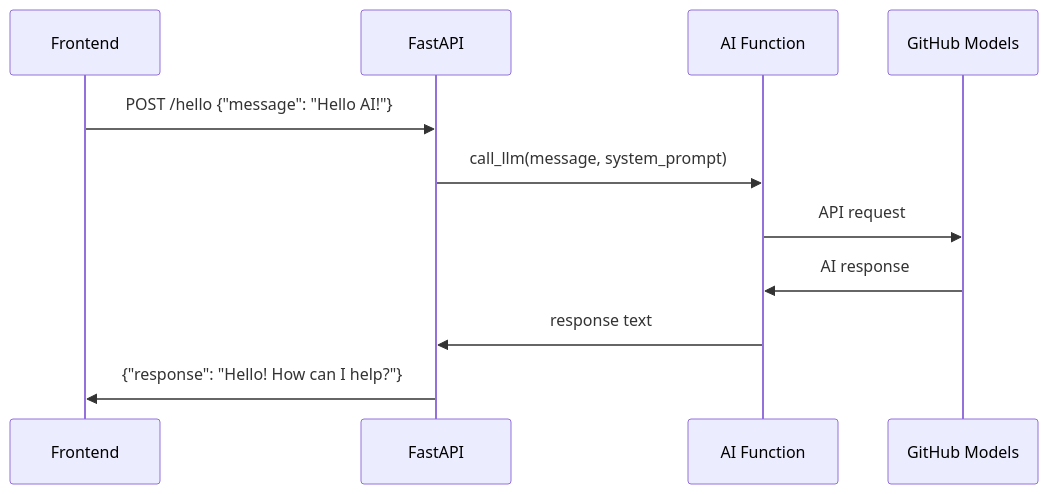
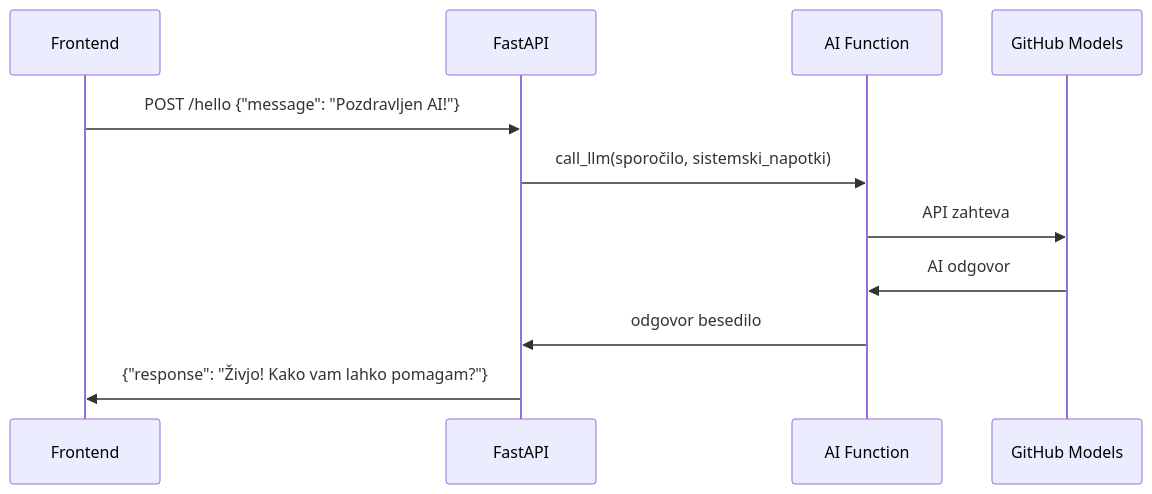
Before and after one commit to microsoft/Web-Dev-For-Beginners: the eighth of 14 diagrams in translations/sl/9-chat-project/README.md, drawn with Mermaid. The commit also changed other lines of this file and 99 other files, not shown here.

````diff
--- a/translations/sl/9-chat-project/README.md
+++ b/translations/sl/9-chat-project/README.md
@@ -519,14 +661,14 @@
 ```mermaid
 sequenceDiagram
     participant Frontend
     participant FastAPI
     participant AI Function
     participant GitHub Models
     
-    Frontend->>FastAPI: POST /hello {"message": "Hello AI!"}
-    FastAPI->>AI Function: call_llm(message, system_prompt)
-    AI Function->>GitHub Models: API request
-    GitHub Models->>AI Function: AI response
-    AI Function->>FastAPI: response text
-    FastAPI->>Frontend: {"response": "Hello! How can I help?"}
+    Frontend->>FastAPI: POST /hello {"message": "Pozdravljen AI!"}
+    FastAPI->>AI Function: call_llm(sporočilo, sistemski_napotki)
+    AI Function->>GitHub Models: API zahteva
+    GitHub Models->>AI Function: AI odgovor
+    AI Function->>FastAPI: odgovor besedilo
+    FastAPI->>Frontend: {"response": "Živjo! Kako vam lahko pomagam?"}
 ```
````
